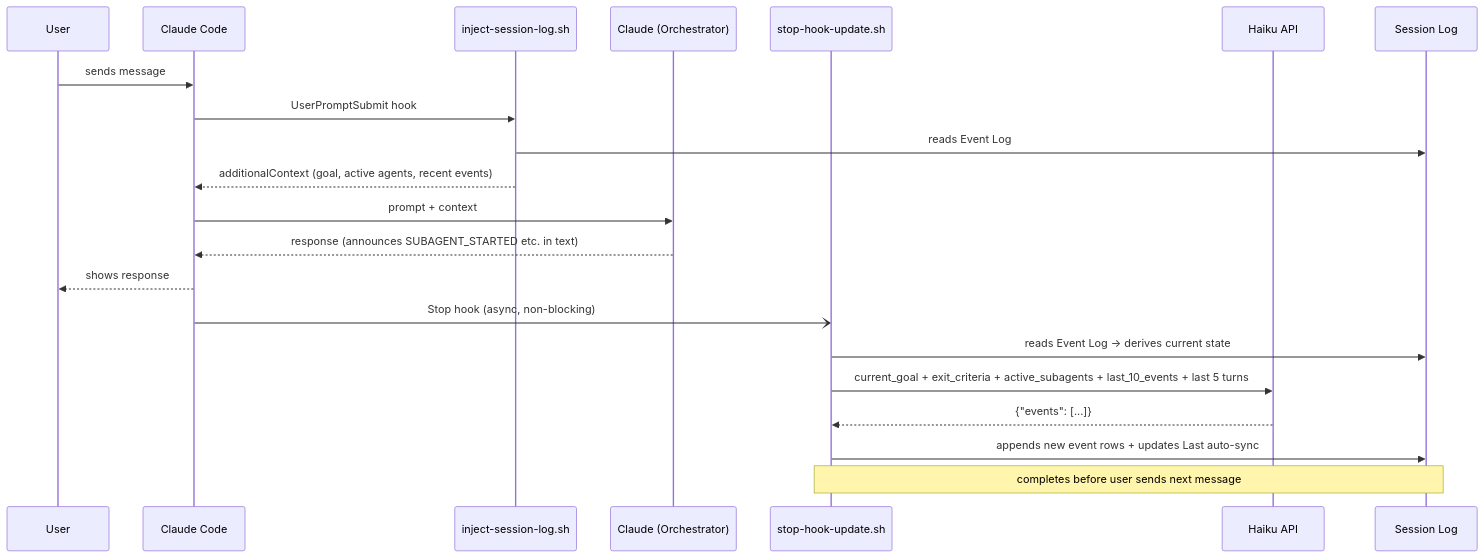
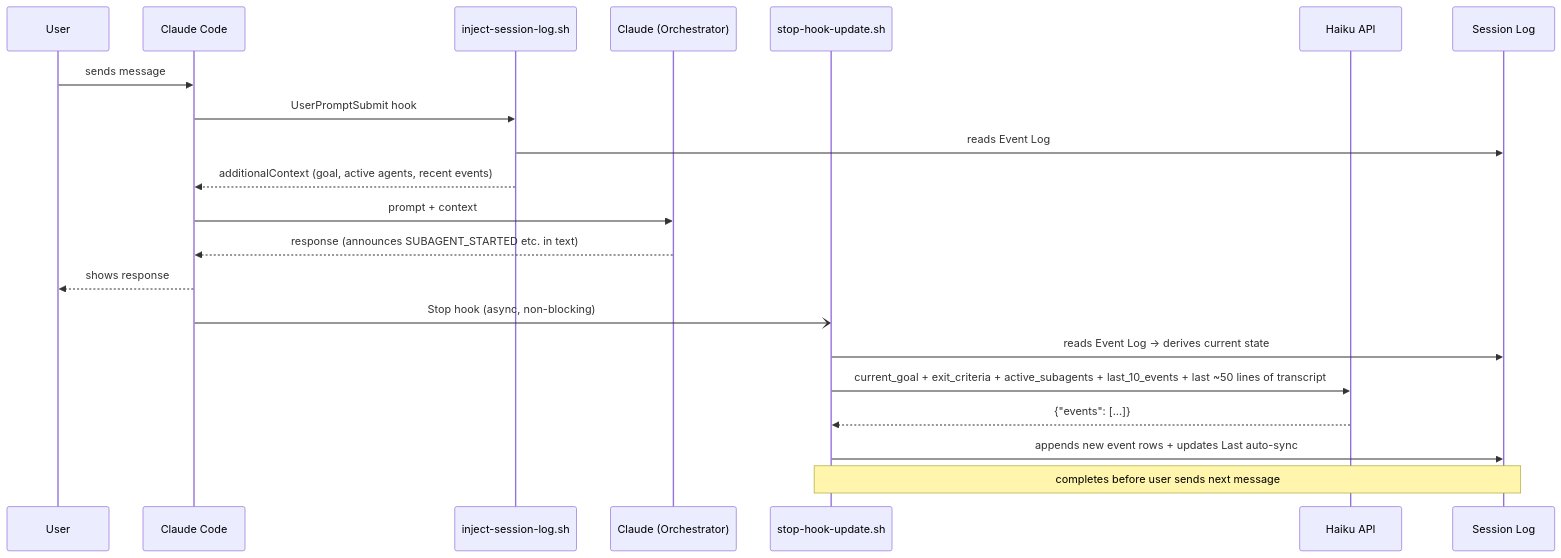
Before and after one commit to henrygilbert22/ai-agent-tools: the second of 3 diagrams in claude/README.md, drawn with Mermaid. The commit also changed other lines of this file, not shown here.

Commit message:
Fix docs: correct transcript size claim, fix isolation diagram, add installation section

````diff
--- a/claude/README.md
+++ b/claude/README.md
@@ -62,24 +94,24 @@
 ```mermaid
 sequenceDiagram
     participant U as User
     participant CC as Claude Code
     participant IH as inject-session-log.sh
     participant C as Claude (Orchestrator)
     participant SH as stop-hook-update.sh
     participant HK as Haiku API
     participant SL as Session Log
 
     U->>CC: sends message
     CC->>IH: UserPromptSubmit hook
     IH->>SL: reads Event Log
     IH-->>CC: additionalContext (goal, active agents, recent events)
     CC->>C: prompt + context
     C-->>CC: response (announces SUBAGENT_STARTED etc. in text)
     CC-->>U: shows response
     CC-)SH: Stop hook (async, non-blocking)
     SH->>SL: reads Event Log → derives current state
-    SH->>HK: current_goal + exit_criteria + active_subagents + last_10_events + last 5 turns
+    SH->>HK: current_goal + exit_criteria + active_subagents + last_10_events + last ~50 lines of transcript
     HK-->>SH: {"events": [...]}
     SH->>SL: appends new event rows + updates Last auto-sync
     Note over SH,SL: completes before user sends next message
 ```
````
